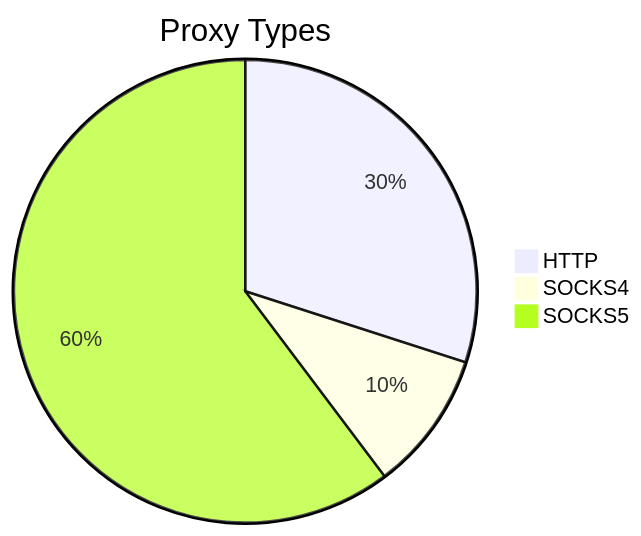
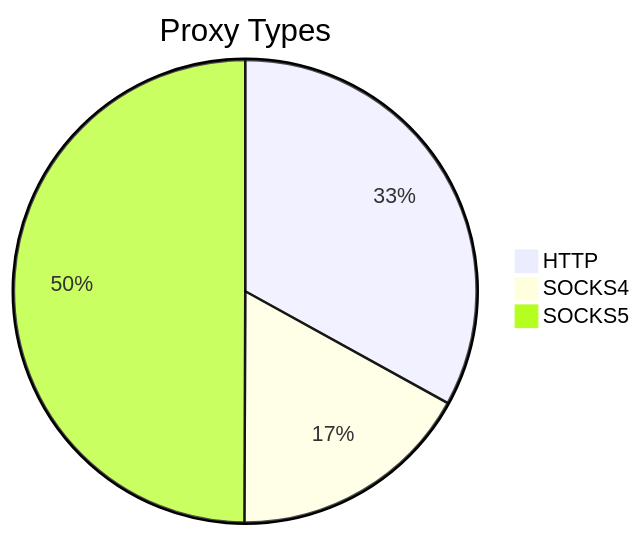
Before and after one commit to stormsia/proxy-list: the first of 2 diagrams in README.md, drawn with Mermaid. The commit also changed other lines of this file, not shown here.

````diff
--- a/README.md
+++ b/README.md
@@ -21,6 +21,6 @@
 ```mermaid
 pie title Proxy Types
-    "HTTP" : 89
-    "SOCKS4" : 29
-    "SOCKS5" : 179
+    "HTTP" : 293
+    "SOCKS4" : 151
+    "SOCKS5" : 443
 ```
````
